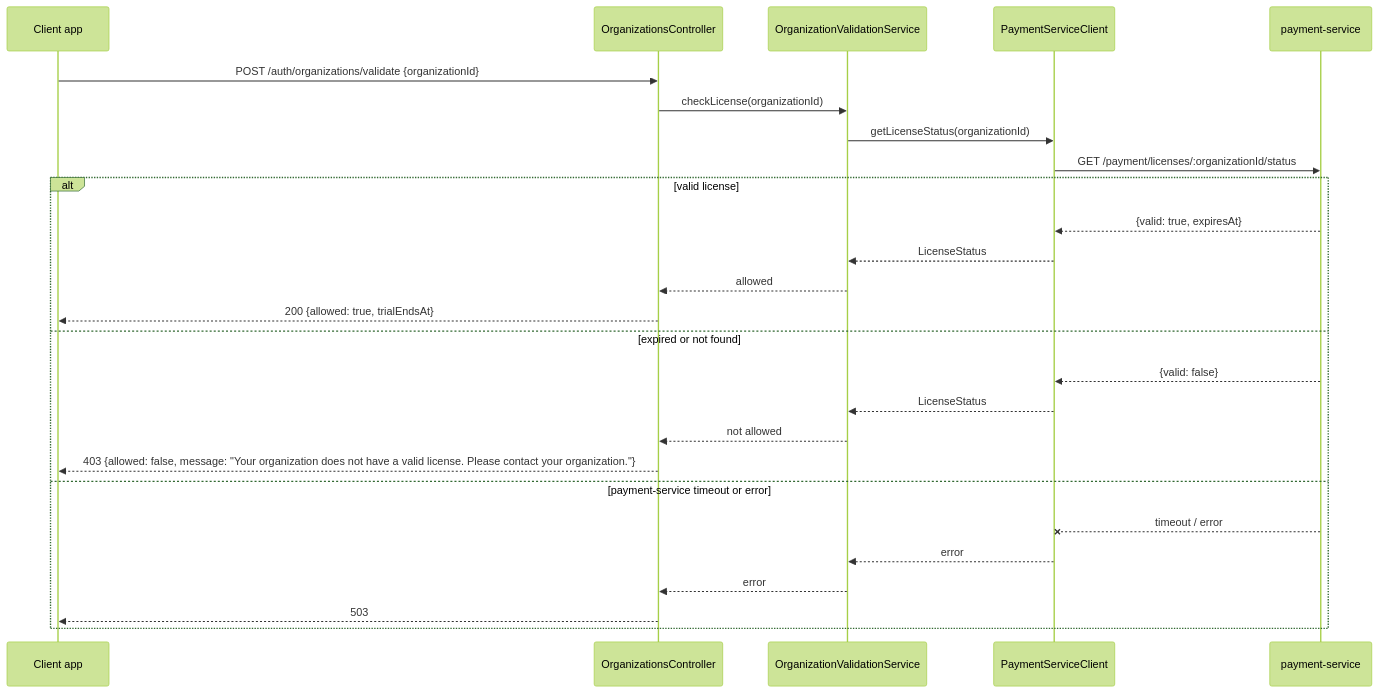
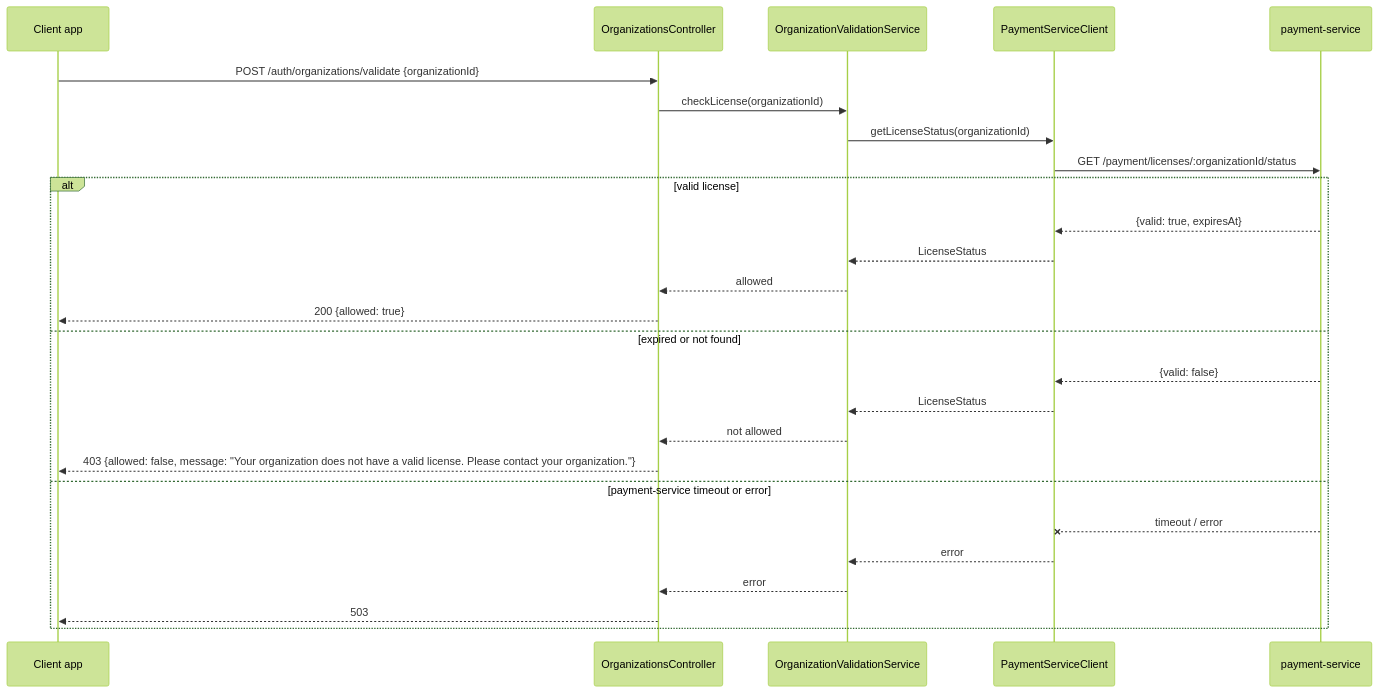
The sixth of 24 diagrams in docs/sdd/auth-service.md (nawara-solutions/nawara-core), drawn with Mermaid (forest theme) before and after one commit. The commit also changed other lines of this file and 104 other files, not shown here.

````diff
--- a/docs/sdd/auth-service.md
+++ b/docs/sdd/auth-service.md
@@ -1061,29 +2351,29 @@
 ```mermaid
 sequenceDiagram
     participant App as Client app
     participant OC as OrganizationsController
     participant OVS as OrganizationValidationService
     participant PSC as PaymentServiceClient
     participant PS as payment-service
 
     App->>OC: POST /auth/organizations/validate {organizationId}
     OC->>OVS: checkLicense(organizationId)
     OVS->>PSC: getLicenseStatus(organizationId)
     PSC->>PS: GET /payment/licenses/:organizationId/status
     alt valid license
         PS-->>PSC: {valid: true, expiresAt}
         PSC-->>OVS: LicenseStatus
         OVS-->>OC: allowed
-        OC-->>App: 200 {allowed: true, trialEndsAt}
+                OC-->>App: 200 {allowed: true}
     else expired or not found
         PS-->>PSC: {valid: false}
         PSC-->>OVS: LicenseStatus
         OVS-->>OC: not allowed
         OC-->>App: 403 {allowed: false, message: "Your organization does not have a valid license. Please contact your organization."}
     else payment-service timeout or error
         PS--xPSC: timeout / error
         PSC-->>OVS: error
         OVS-->>OC: error
         OC-->>App: 503
     end
 ```
````
